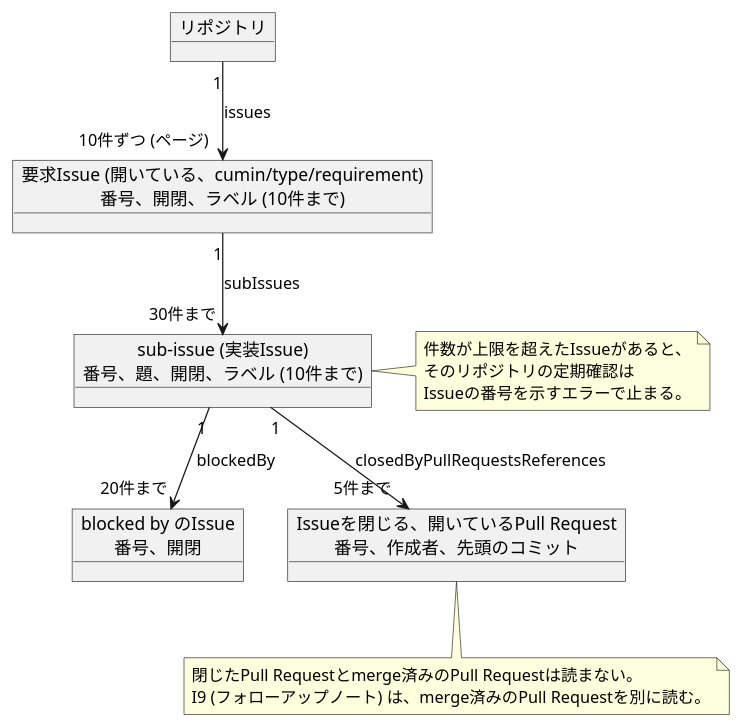
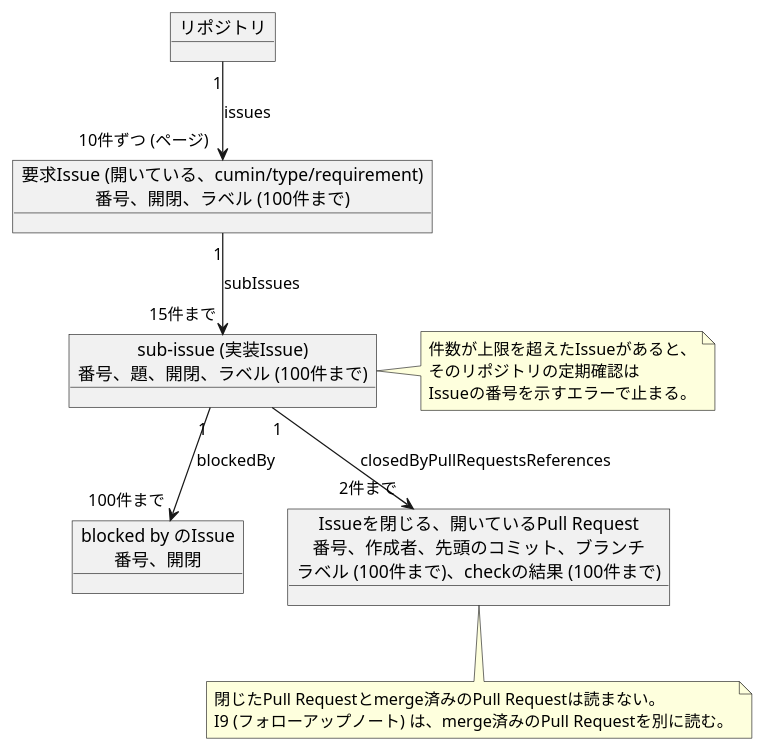
Before and after one commit to cloveclovedev/cumin-works: the diagram in docs/ja/designs/poll-snapshot.puml, drawn with PlantUML. The commit also changed 10 other files, not shown here.

First line of the commit message:
feat(github): read the required checks and what I3, I4, and I11 need of a pull request (#187)

```diff
--- a/docs/ja/designs/poll-snapshot.puml
+++ b/docs/ja/designs/poll-snapshot.puml
@@ -1,28 +1,28 @@
 @startuml poll-snapshot
 ' cumin works - 定期確認の1回の問い合わせで読むもの。入れ子の接続と、その件数の上限。
 ' 対応する文書: poll.md の「定期確認で読む内容」。
 ' SVGの書き出し: リポジトリの直下で scripts/render-diagrams.sh を実行する。
 skinparam shadowing false
 skinparam defaultFontName sans-serif
 
 object "リポジトリ" as repo
-object "要求Issue (開いている、cumin/type/requirement)\n番号、開閉、ラベル (10件まで)" as req
-object "sub-issue (実装Issue)\n番号、題、開閉、ラベル (10件まで)" as sub
+object "要求Issue (開いている、cumin/type/requirement)\n番号、開閉、ラベル (100件まで)" as req
+object "sub-issue (実装Issue)\n番号、題、開閉、ラベル (100件まで)" as sub
 object "blocked by のIssue\n番号、開閉" as blocker
-object "Issueを閉じる、開いているPull Request\n番号、作成者、先頭のコミット" as pr
+object "Issueを閉じる、開いているPull Request\n番号、作成者、先頭のコミット、ブランチ\nラベル (100件まで)、checkの結果 (100件まで)" as pr
 
 repo "1" --> "10件ずつ (ページ)" req : issues
-req "1" --> "30件まで" sub : subIssues
-sub "1" --> "20件まで" blocker : blockedBy
-sub "1" --> "5件まで" pr : closedByPullRequestsReferences
+req "1" --> "15件まで" sub : subIssues
+sub "1" --> "100件まで" blocker : blockedBy
+sub "1" --> "2件まで" pr : closedByPullRequestsReferences
 
 note bottom of pr
   閉じたPull Requestとmerge済みのPull Requestは読まない。
   I9 (フォローアップノート) は、merge済みのPull Requestを別に読む。
 end note
 note right of sub
   件数が上限を超えたIssueがあると、
   そのリポジトリの定期確認は
   Issueの番号を示すエラーで止まる。
 end note
 @enduml
```
